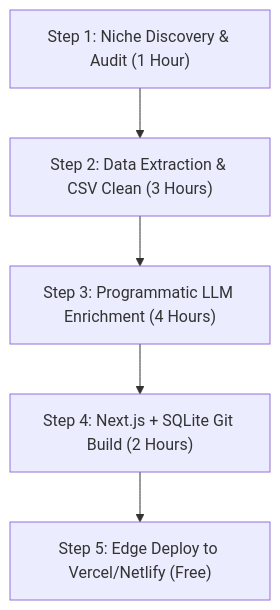
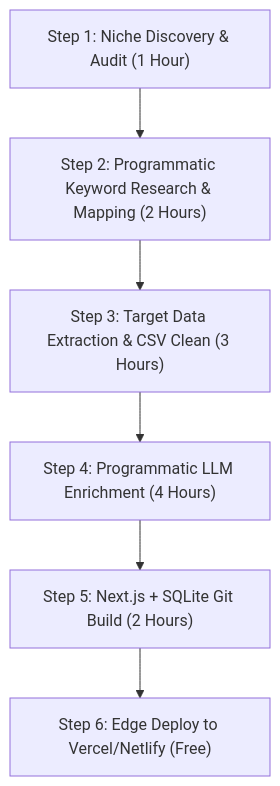
One commit to tamo42/bigfoot-blueprint changed the fifth of 9 diagrams in source/bigfoot-blueprint-framework.md. Above: the diagram before and after it, drawn with Mermaid. The commit also changed other lines of this file and 46 other files, not shown here.

Commit message:
docs: align blueprints and rules with keyword-first workflow; add well drillers scripts and schema

````diff
--- a/source/bigfoot-blueprint-framework.md
+++ b/source/bigfoot-blueprint-framework.md
@@ -255,7 +255,8 @@
 ```mermaid
 flowchart TD
-    A["Step 1: Niche Discovery & Audit (1 Hour)"] --> B["Step 2: Data Extraction & CSV Clean (3 Hours)"]
-    B --> C["Step 3: Programmatic LLM Enrichment (4 Hours)"]
-    C --> D["Step 4: Next.js + SQLite Git Build (2 Hours)"]
-    D --> E["Step 5: Edge Deploy to Vercel/Netlify (Free)"]
+    A["Step 1: Niche Discovery & Audit (1 Hour)"] --> B["Step 2: Programmatic Keyword Research & Mapping (2 Hours)"]
+    B --> C["Step 3: Target Data Extraction & CSV Clean (3 Hours)"]
+    C --> D["Step 4: Programmatic LLM Enrichment (4 Hours)"]
+    D --> E["Step 5: Next.js + SQLite Git Build (2 Hours)"]
+    E --> F["Step 6: Edge Deploy to Vercel/Netlify (Free)"]
 ```
````
